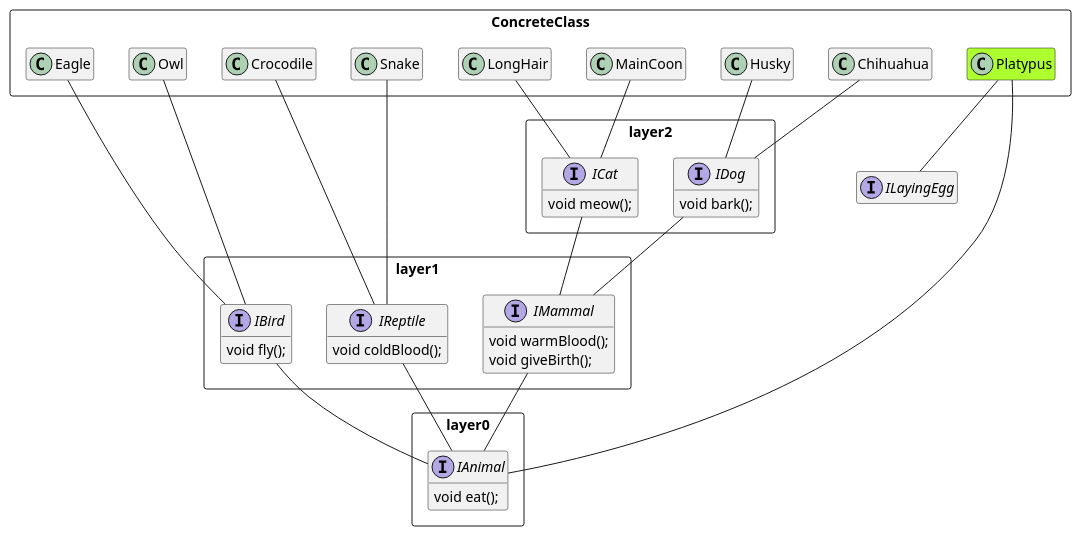
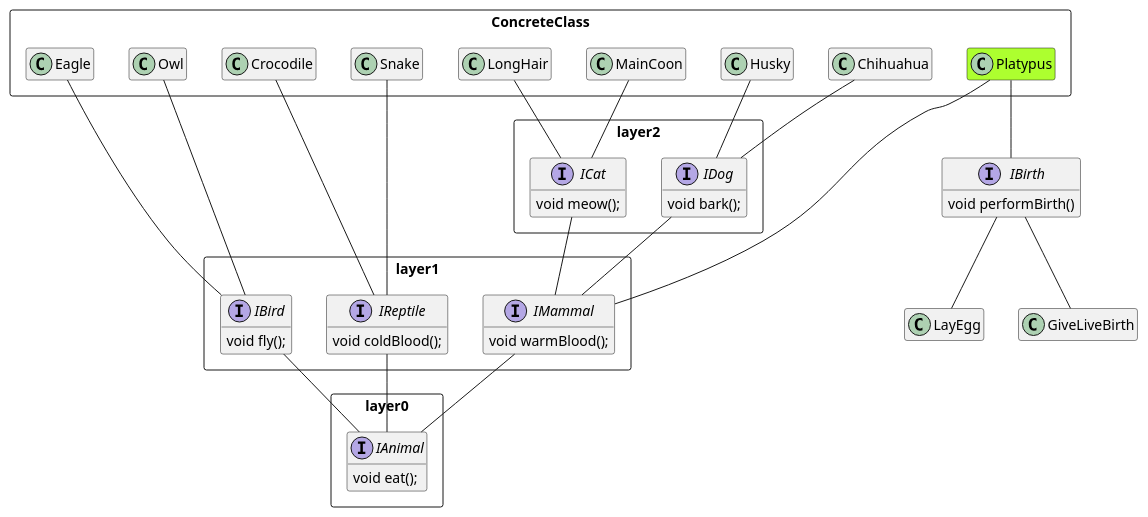
The diagram in Platypus/design.puml (huntertran/soen6461-snippets), drawn with PlantUML before and after one commit. The commit also changed 13 other files, not shown here.

```diff
--- a/Platypus/design.puml
+++ b/Platypus/design.puml
@@ -1,69 +1,77 @@
 @startuml Biodom
 
 package layer0 <<Rectangle>> {
     interface IAnimal {
         void eat();
     }
 }
 
 package layer1 <<Rectangle>> {
     interface IMammal {
         void warmBlood();
-        void giveBirth();
     }
     interface IBird {
         void fly();
     }
     interface IReptile {
         void coldBlood();
     }
 }
 
 package layer2 <<Rectangle>> {
     interface IDog {
         void bark();
     }
     interface ICat {
         void meow();
     }
 }
 
-interface ILayingEgg
+interface IBirth {
+    void performBirth()
+}
+
+class LayEgg
+
+class GiveLiveBirth
 
 package ConcreteClass <<Rectangle>>{
     class Eagle
     class Owl
     class Crocodile
     class Snake
     class Chihuahua
     class Husky
     class MainCoon
     class LongHair
     class Platypus #GreenYellow
 }
 
 IMammal -- IAnimal
 IBird -- IAnimal
 IReptile -- IAnimal
 
 Eagle -- IBird
 Owl -- IBird
 
 Crocodile -- IReptile
 Snake -- IReptile
 
 IDog -- IMammal
 ICat -- IMammal
 
 Chihuahua -- IDog
 Husky -- IDog
 
 MainCoon -- ICat
 LongHair -- ICat
 
-Platypus -- ILayingEgg
-Platypus -- IAnimal
+IBirth -- LayEgg
+IBirth -- GiveLiveBirth
+
+Platypus -- IMammal
+Platypus -- IBirth
 
 hide empty members
 
 @enduml
```
